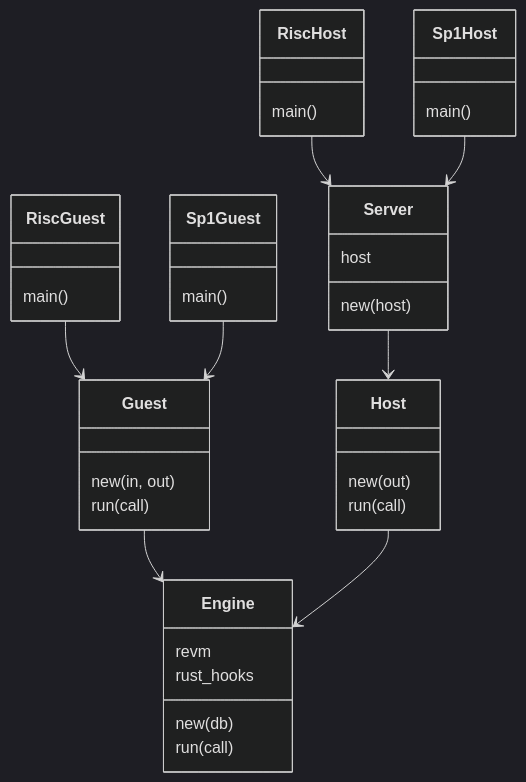
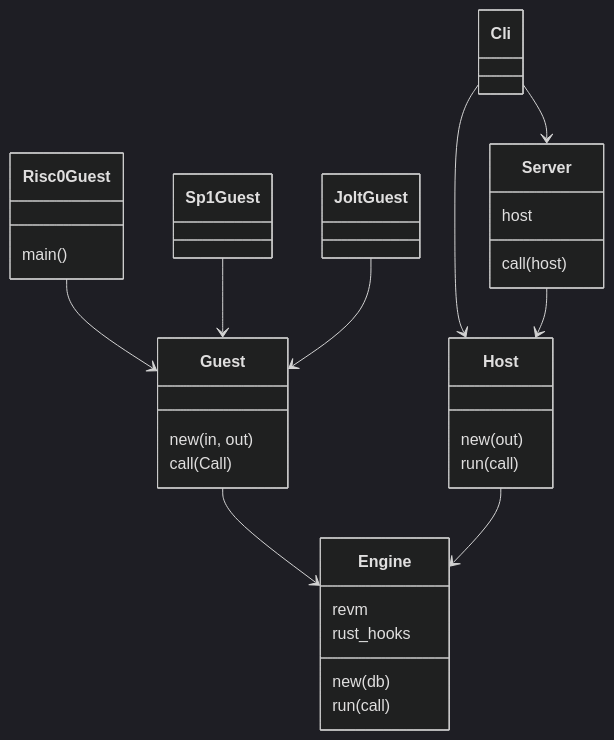
The third of 3 diagrams in book/src/appendix/architecture/prover.md (vlayer-xyz/vlayer), drawn with Mermaid before and after one commit.

Commit message:
Update architecture diagram

````diff
--- a/book/src/appendix/architecture/prover.md
+++ b/book/src/appendix/architecture/prover.md
@@ -195,51 +195,40 @@
 ```mermaid
 %%{init: {'theme':'dark'}}%%
 classDiagram
 
-RiscGuest --> Guest
-RiscHost --> Server
+Risc0Guest --> Guest
 Sp1Guest --> Guest
-Sp1Host --> Server
+JoltGuest --> Guest
+Cli --> Host
+Cli --> Server
 Server --> Host
 Guest --> Engine
 Host --> Engine
 
 class Engine {
     revm
     rust_hooks
     new(db)
     run(call)
 }
 
 class Host {
     new(out)
     run(call)
 }
 
 class Guest {
     new(in, out)
-    run(call)
+    call(Call)
 }
 
-class RiscGuest {
-    main()
-}
-
-class RiscHost {
-    main()
-}
-
-class Sp1Guest {
-    main()
-}
-
-class Sp1Host {
+class Risc0Guest {
     main()
 }
 
 class Server {
     host
-    new(host)
+    call(host)
 }
 
 ```
````
